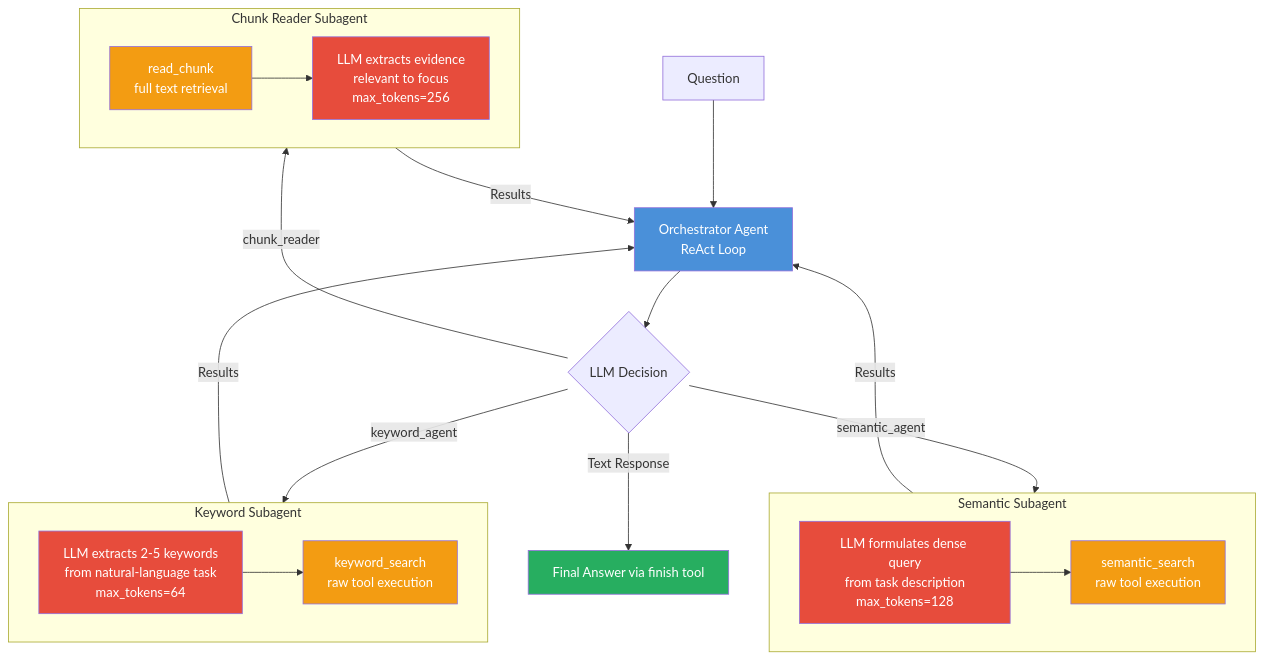
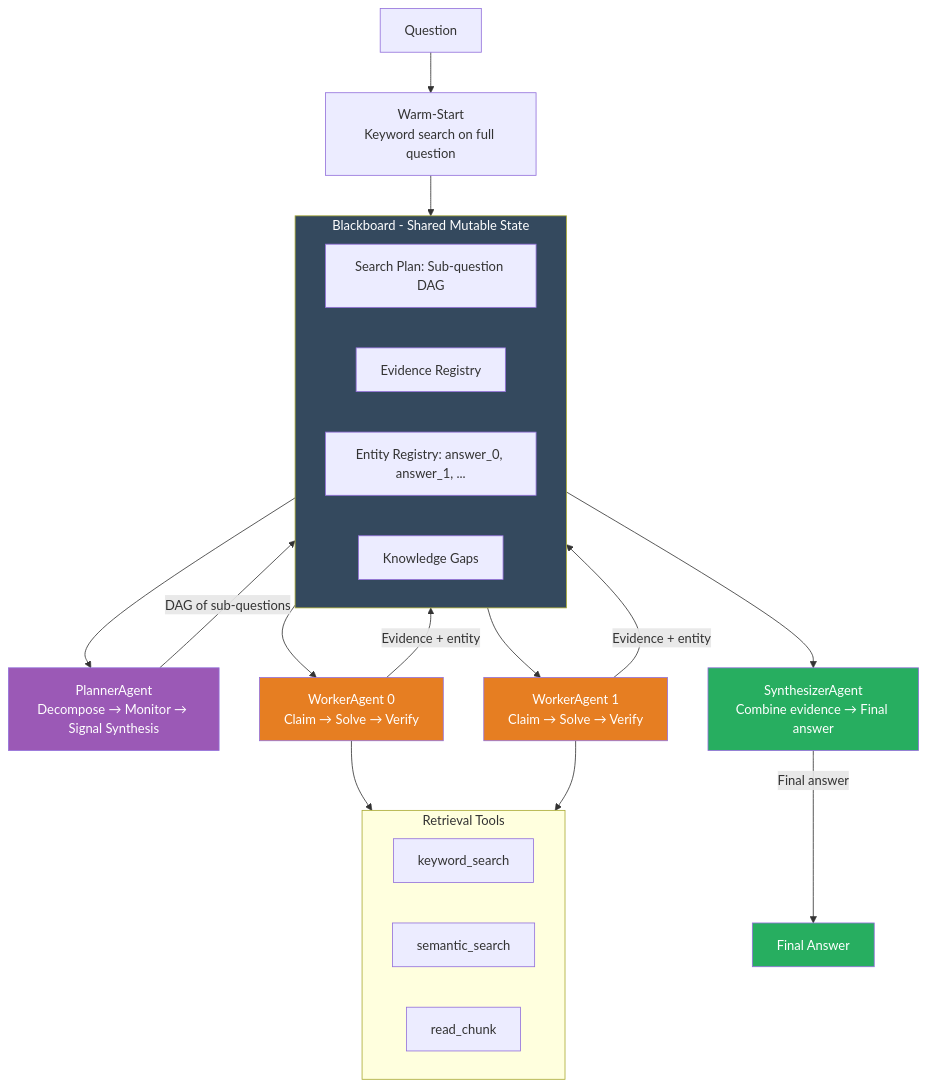
One commit to pradyutnair/msc-thesis changed the second of 5 diagrams in 04-sage-autonomous/ARCHITECTURE.md. Above: the diagram before and after it, drawn with Mermaid. The commit also changed other lines of this file and 4 other files, not shown here.

````diff
--- a/04-sage-autonomous/ARCHITECTURE.md
+++ b/04-sage-autonomous/ARCHITECTURE.md
@@ -152,35 +153,38 @@
 ```mermaid
 flowchart TD
-    Q[Question] --> Orch[Orchestrator Agent\nReAct Loop]
-    Orch --> Decision{LLM Decision}
-    Decision -->|Text Response| Answer[Final Answer via finish tool]
+    Q[Question] --> WS[Warm-Start\nKeyword search on full question]
+    WS --> BB
 
-    Decision -->|keyword_agent| KA
-    Decision -->|semantic_agent| SA
-    Decision -->|chunk_reader| CR
-
-    subgraph KA [Keyword Subagent]
-        KA1[LLM extracts 2-5 keywords\nfrom natural-language task\nmax_tokens=64] --> KA2[keyword_search\nraw tool execution]
+    subgraph BB [Blackboard - Shared Mutable State]
+        SP[Search Plan: Sub-question DAG]
+        EV[Evidence Registry]
+        ER[Entity Registry: answer_0, answer_1, ...]
+        KG[Knowledge Gaps]
     end
 
-    subgraph SA [Semantic Subagent]
-        SA1[LLM formulates dense query\nfrom task description\nmax_tokens=128] --> SA2[semantic_search\nraw tool execution]
+    BB --> P[PlannerAgent\nDecompose → Monitor → Signal Synthesis]
+    BB --> W1[WorkerAgent 0\nClaim → Solve → Verify]
+    BB --> W2[WorkerAgent 1\nClaim → Solve → Verify]
+    BB --> SYN[SynthesizerAgent\nCombine evidence → Final answer]
+
+    P -->|DAG of sub-questions| BB
+    W1 -->|Evidence + entity| BB
+    W2 -->|Evidence + entity| BB
+    SYN -->|Final answer| Answer[Final Answer]
+
+    subgraph Tools [Retrieval Tools]
+        KW[keyword_search]
+        SEM[semantic_search]
+        READ[read_chunk]
     end
 
-    subgraph CR [Chunk Reader Subagent]
-        CR1[read_chunk\nfull text retrieval] --> CR2[LLM extracts evidence\nrelevant to focus\nmax_tokens=256]
-    end
+    W1 --> Tools
+    W2 --> Tools
 
-    KA -->|Results| Orch
-    SA -->|Results| Orch
-    CR -->|Results| Orch
-
-    style Orch fill:#4a90d9,color:#fff
+    style P fill:#9b59b6,color:#fff
+    style W1 fill:#e67e22,color:#fff
+    style W2 fill:#e67e22,color:#fff
+    style SYN fill:#27ae60,color:#fff
     style Answer fill:#27ae60,color:#fff
-    style KA1 fill:#e74c3c,color:#fff
-    style SA1 fill:#e74c3c,color:#fff
-    style CR2 fill:#e74c3c,color:#fff
-    style KA2 fill:#f39c12,color:#fff
-    style SA2 fill:#f39c12,color:#fff
-    style CR1 fill:#f39c12,color:#fff
+    style BB fill:#34495e,color:#fff
 ```
````
